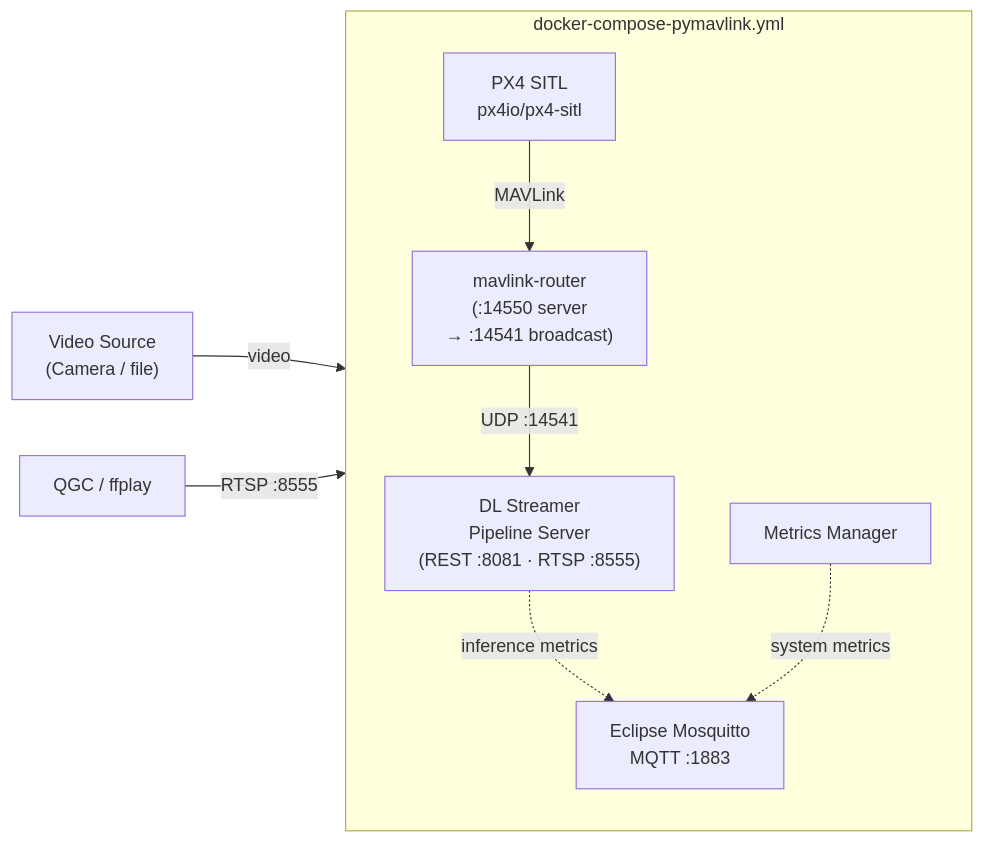
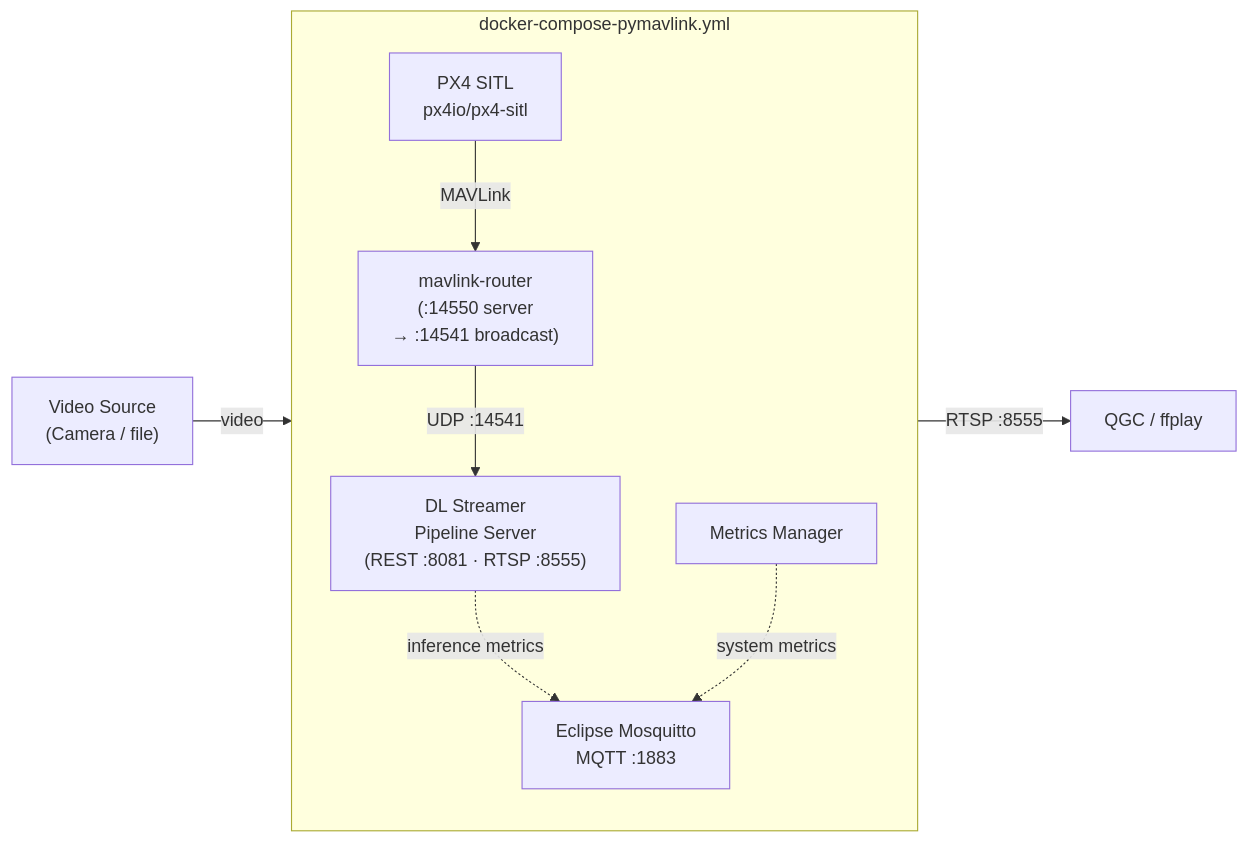
One commit to open-edge-platform/edge-ai-suites changed the second of 7 diagrams in federal-aerospace/docs/uav-vision-analytics/overview.md. Above: the diagram before and after it, drawn with Mermaid. The commit also changed other lines of this file and 1 other file, not shown here.

````diff
--- a/federal-aerospace/docs/uav-vision-analytics/overview.md
+++ b/federal-aerospace/docs/uav-vision-analytics/overview.md
@@ -56,19 +56,19 @@
 ```mermaid
 flowchart LR
     subgraph Stack["docker-compose-pymavlink.yml"]
         direction TB
         PX4["PX4 SITL\npx4io/px4-sitl"]
         ROUTER["mavlink-router\n(:14550 server\n→ :14541 broadcast)"]
         BROKER["Eclipse Mosquitto\nMQTT :1883"]
         DLSPS["DL Streamer\nPipeline Server\n(REST :8081 · RTSP :8555)"]
         MM["Metrics Manager"]
 
         PX4 -->|"MAVLink"| ROUTER
         ROUTER -->|"UDP :14541"| DLSPS
         DLSPS -.->|"inference metrics"| BROKER
         MM -.->|"system metrics"| BROKER
     end
 
     VIDEO["Video Source\n(Camera / file)"] -->|"video"| DLSPS
-    CLIENT["QGC / ffplay"] -->|"RTSP :8555"| DLSPS
+    DLSPS -->|"RTSP :8555"| CLIENT["QGC / ffplay"]
 ```
````
